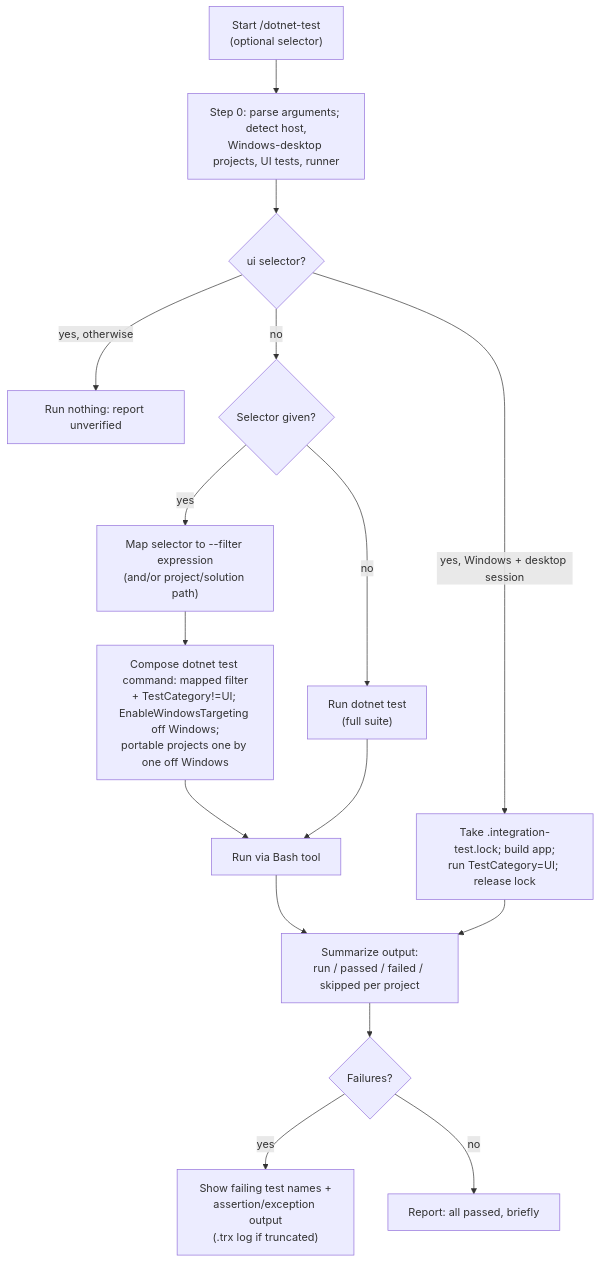
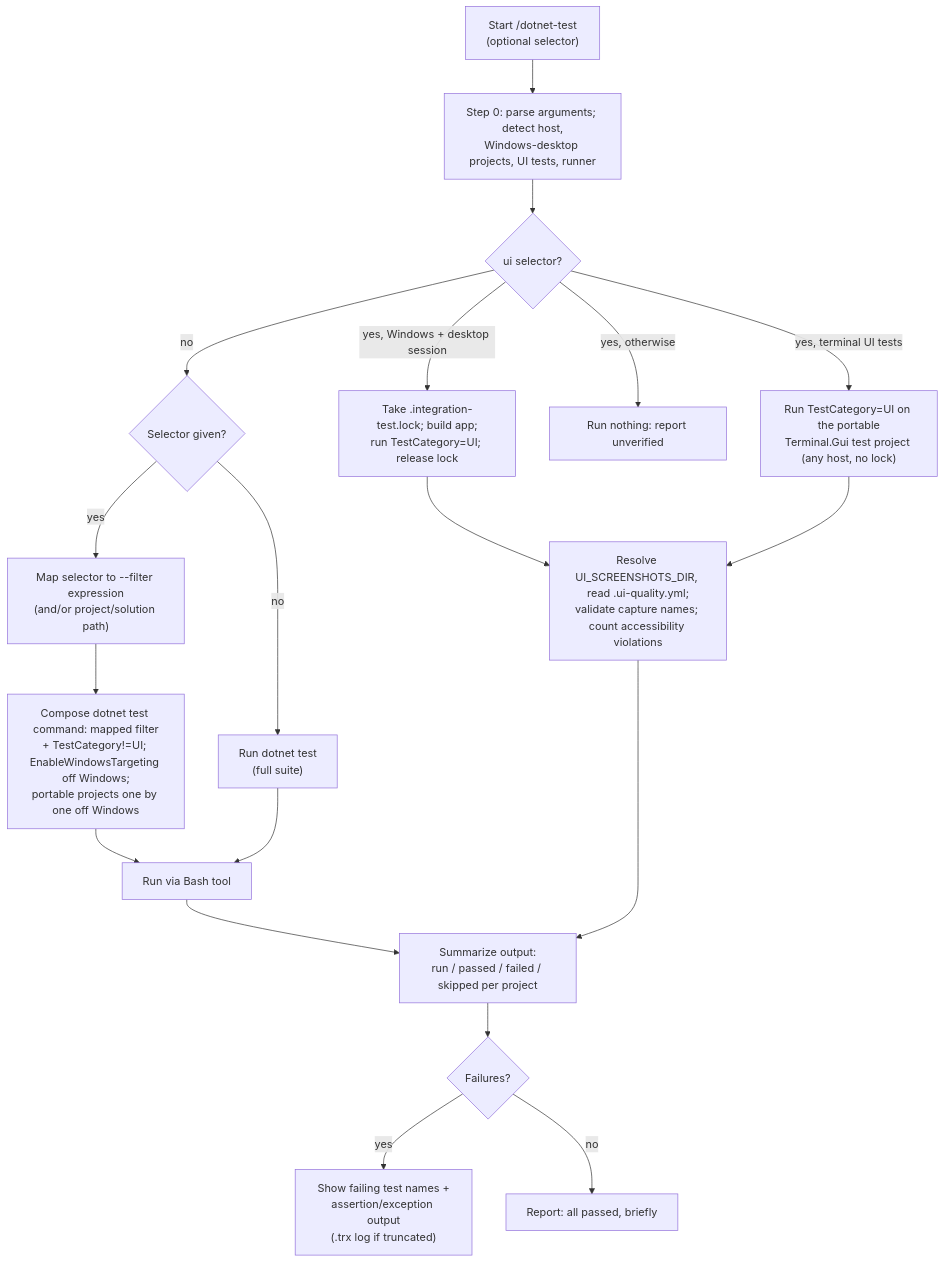
One commit to albertoirurueta/ai-catalog changed the diagram in docs/modules/ROOT/pages/skills/iru-dotnet-test.adoc. Above: the diagram before and after it, drawn with Mermaid. The commit also changed other lines of this file and 325 other files, not shown here.

```diff
--- a/docs/modules/ROOT/pages/skills/iru-dotnet-test.adoc
+++ b/docs/modules/ROOT/pages/skills/iru-dotnet-test.adoc
@@ -148,19 +164,22 @@
 [mermaid]
 ....
 flowchart TD
     A["Start /dotnet-test\n(optional selector)"] --> A2["Step 0: parse arguments; detect host,\nWindows-desktop projects, UI tests, runner"]
     A2 --> A3{ui selector?}
     A3 -- "yes, Windows + desktop session" --> U["Take .integration-test.lock; build app;\nrun TestCategory=UI; release lock"]
+    A3 -- "yes, terminal UI tests" --> U3["Run TestCategory=UI on the portable\nTerminal.Gui test project (any host, no lock)"]
     A3 -- "yes, otherwise" --> U2["Run nothing: report unverified"]
     A3 -- no --> B{Selector given?}
     B -- no --> C["Run dotnet test\n(full suite)"]
     B -- yes --> D["Map selector to --filter expression\n(and/or project/solution path)"]
     D --> E["Compose dotnet test command: mapped filter\n+ TestCategory!=UI; EnableWindowsTargeting off Windows;\nportable projects one by one off Windows"]
     E --> F["Run via Bash tool"]
     C --> F
     F --> G["Summarize output:\nrun / passed / failed / skipped per project"]
     G --> H{Failures?}
     H -- yes --> I["Show failing test names +\nassertion/exception output\n(.trx log if truncated)"]
     H -- no --> J["Report: all passed, briefly"]
-    U --> G
+    U --> U4["Resolve UI_SCREENSHOTS_DIR, read .ui-quality.yml;\nvalidate capture names; count accessibility violations"]
+    U3 --> U4
+    U4 --> G
 ....
```
